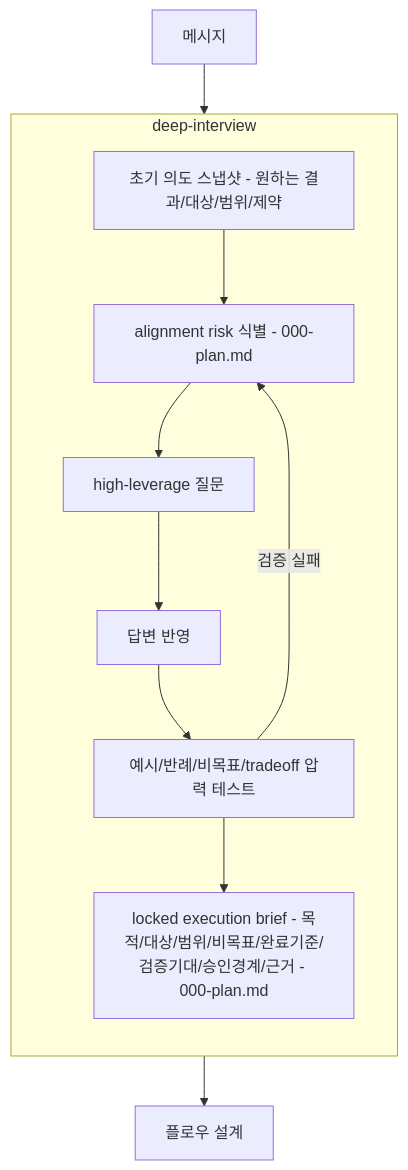
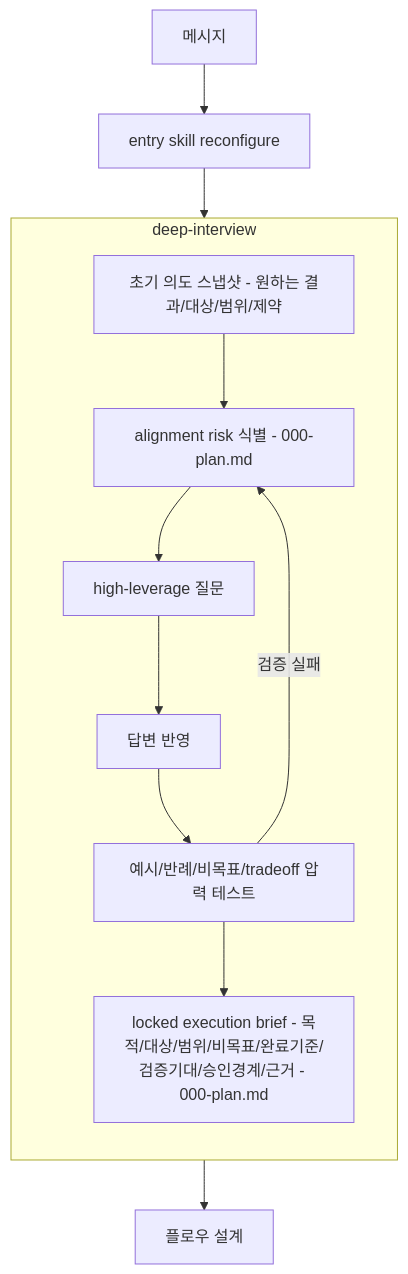
One commit to opnay/agent-plugins changed the second of 3 diagrams in src/loop-kit-dev/specs/skills/flow/intent.md. Above: the diagram before and after it, drawn with Mermaid. The commit also changed other lines of this file and 24 other files, not shown here.

First line of the commit message:
fix: run flow skill reconfigure after reporting

````diff
--- a/src/loop-kit-dev/specs/skills/flow/intent.md
+++ b/src/loop-kit-dev/specs/skills/flow/intent.md
@@ -31,16 +33,17 @@
 ```mermaid
 graph TD
-  MESSAGE[메시지] --> DEEP_INTERVIEW
+  MESSAGE[메시지] --> ENTRY_RECONFIG[entry skill reconfigure]
+  ENTRY_RECONFIG --> DEEP_INTERVIEW
 
   subgraph DEEP_INTERVIEW[deep-interview]
     direction TB
     SNAPSHOT[초기 의도 스냅샷 - 원하는 결과/대상/범위/제약] --> RISK[alignment risk 식별 - 000-plan.md]
     RISK --> ASK[high-leverage 질문]
     ASK --> ANSWER[답변 반영]
     ANSWER --> TEST[예시/반례/비목표/tradeoff 압력 테스트]
     TEST -->|검증 실패| RISK
     TEST --> BRIEF[locked execution brief - 목적/대상/범위/비목표/완료기준/검증기대/승인경계/근거 - 000-plan.md]
   end
 
   DEEP_INTERVIEW --> DESIGN[플로우 설계]
 ```
````
